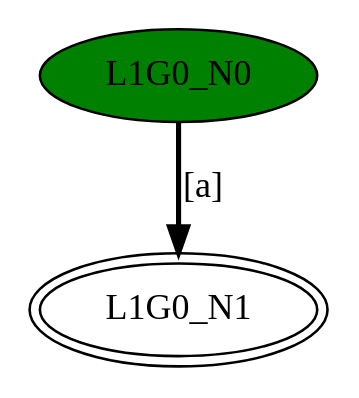
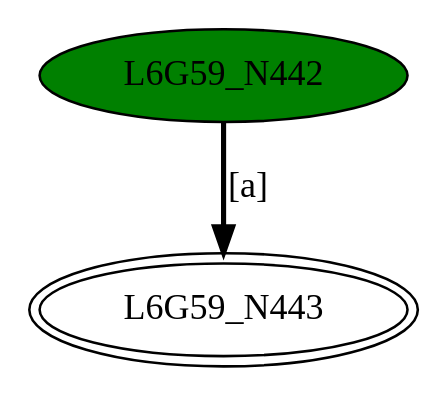
The diagram in DFASimulator/Testbench/BasicChar_[a].dot (GDimitroulakos/EDUFLEX), drawn with Graphviz before and after one commit. The commit also changed 192 other files, not shown here.

```diff
--- a/DFASimulator/Testbench/BasicChar_[a].dot
+++ b/DFASimulator/Testbench/BasicChar_[a].dot
@@ -1,5 +1,5 @@
-digraph G0{
-"L1G0_N0" [style=filled,fillcolor=green];
-"L1G0_N1" [peripheries=2];
-"L1G0_N0"->"L1G0_N1" [style = bold, label = "[a]"];
+digraph G59{
+"L6G59_N442" [style=filled,fillcolor=green];
+"L6G59_N443" [peripheries=2];
+"L6G59_N442"->"L6G59_N443" [style = bold, label = "[a]"];
 }
```
